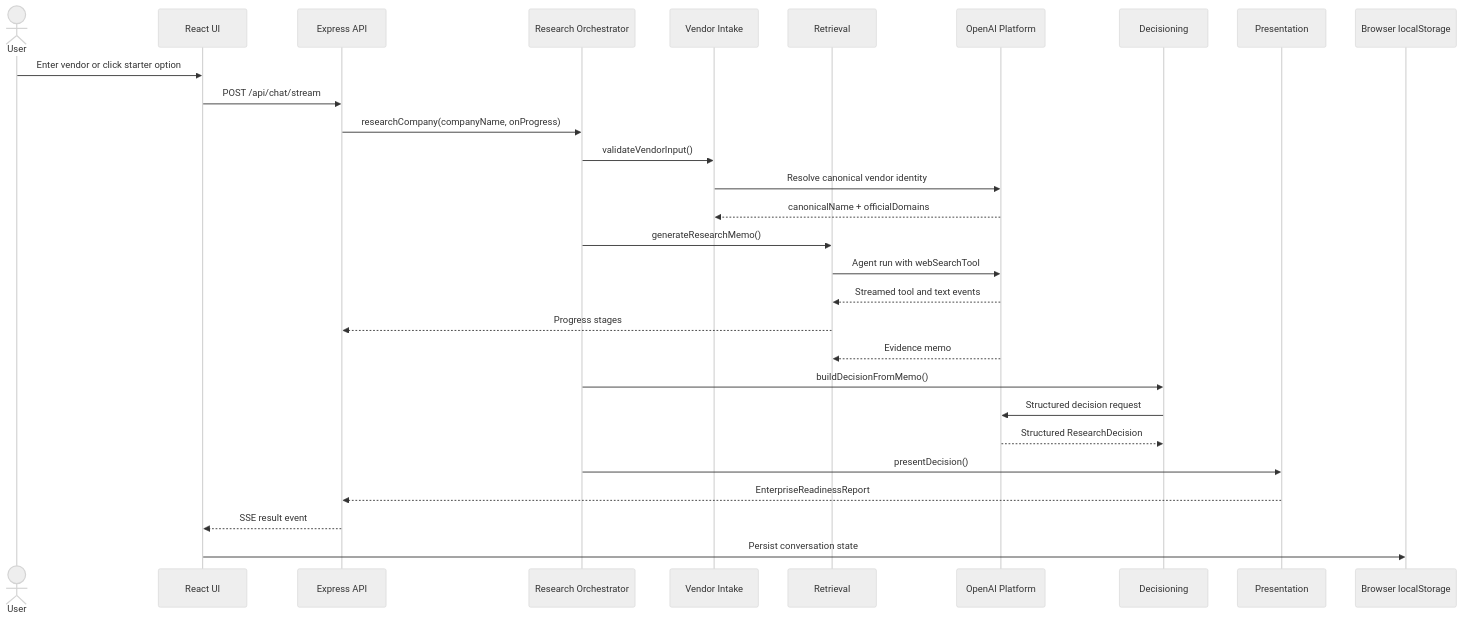
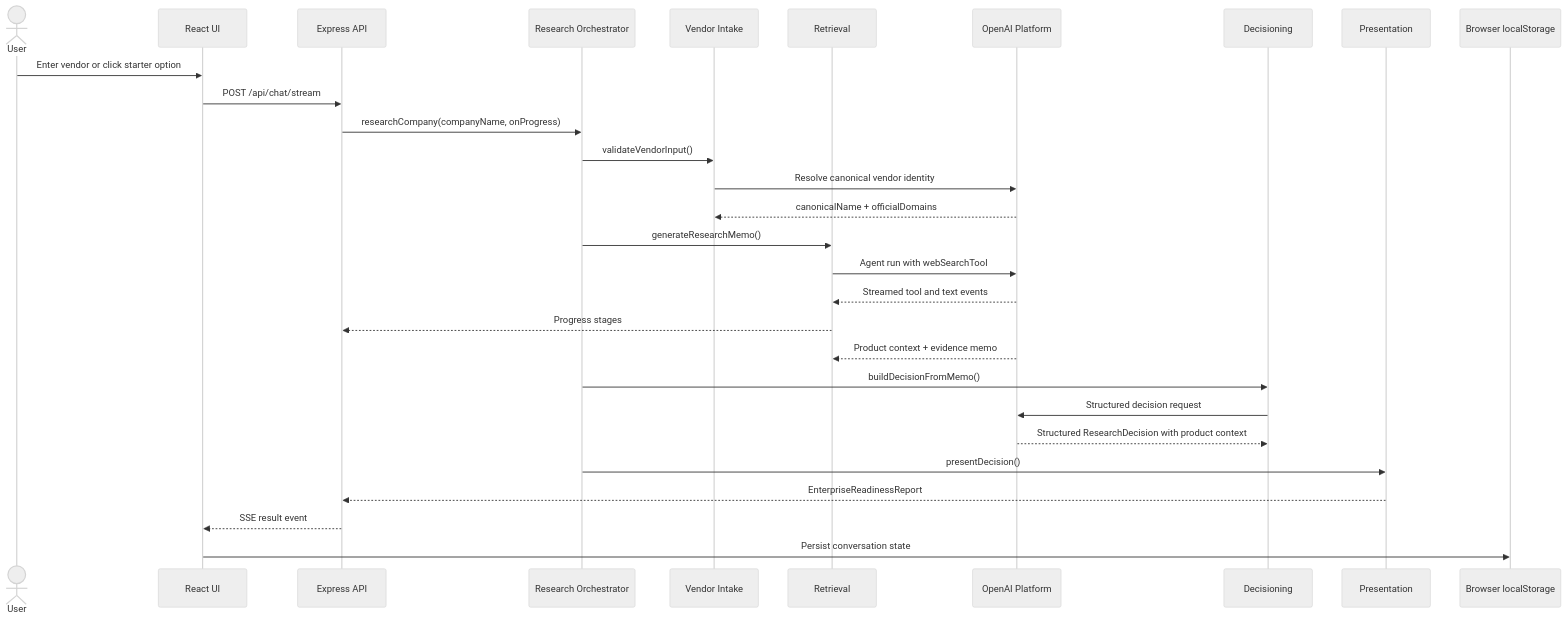
Before and after one commit to srinivasrowdur/ArchReviewAgent: the fourth of 6 diagrams in architecture.md, drawn with Mermaid (neutral theme). The commit also changed other lines of this file and 9 other files, not shown here.

Commit message:
Preserve product-specific context

````diff
--- a/architecture.md
+++ b/architecture.md
@@ -200,32 +205,32 @@
 ```mermaid
 sequenceDiagram
   actor User
   participant UI as React UI
   participant API as Express API
   participant Orch as Research Orchestrator
   participant Intake as Vendor Intake
   participant Retrieve as Retrieval
   participant OpenAI as OpenAI Platform
   participant Decide as Decisioning
   participant Present as Presentation
   participant Store as Browser localStorage
 
   User->>UI: Enter vendor or click starter option
   UI->>API: POST /api/chat/stream
   API->>Orch: researchCompany(companyName, onProgress)
   Orch->>Intake: validateVendorInput()
   Intake->>OpenAI: Resolve canonical vendor identity
   OpenAI-->>Intake: canonicalName + officialDomains
   Orch->>Retrieve: generateResearchMemo()
   Retrieve->>OpenAI: Agent run with webSearchTool
   OpenAI-->>Retrieve: Streamed tool and text events
   Retrieve-->>API: Progress stages
-  OpenAI-->>Retrieve: Evidence memo
+  OpenAI-->>Retrieve: Product context + evidence memo
   Orch->>Decide: buildDecisionFromMemo()
   Decide->>OpenAI: Structured decision request
-  OpenAI-->>Decide: Structured ResearchDecision
+  OpenAI-->>Decide: Structured ResearchDecision with product context
   Orch->>Present: presentDecision()
   Present-->>API: EnterpriseReadinessReport
   API-->>UI: SSE result event
   UI->>Store: Persist conversation state
 ```
````
